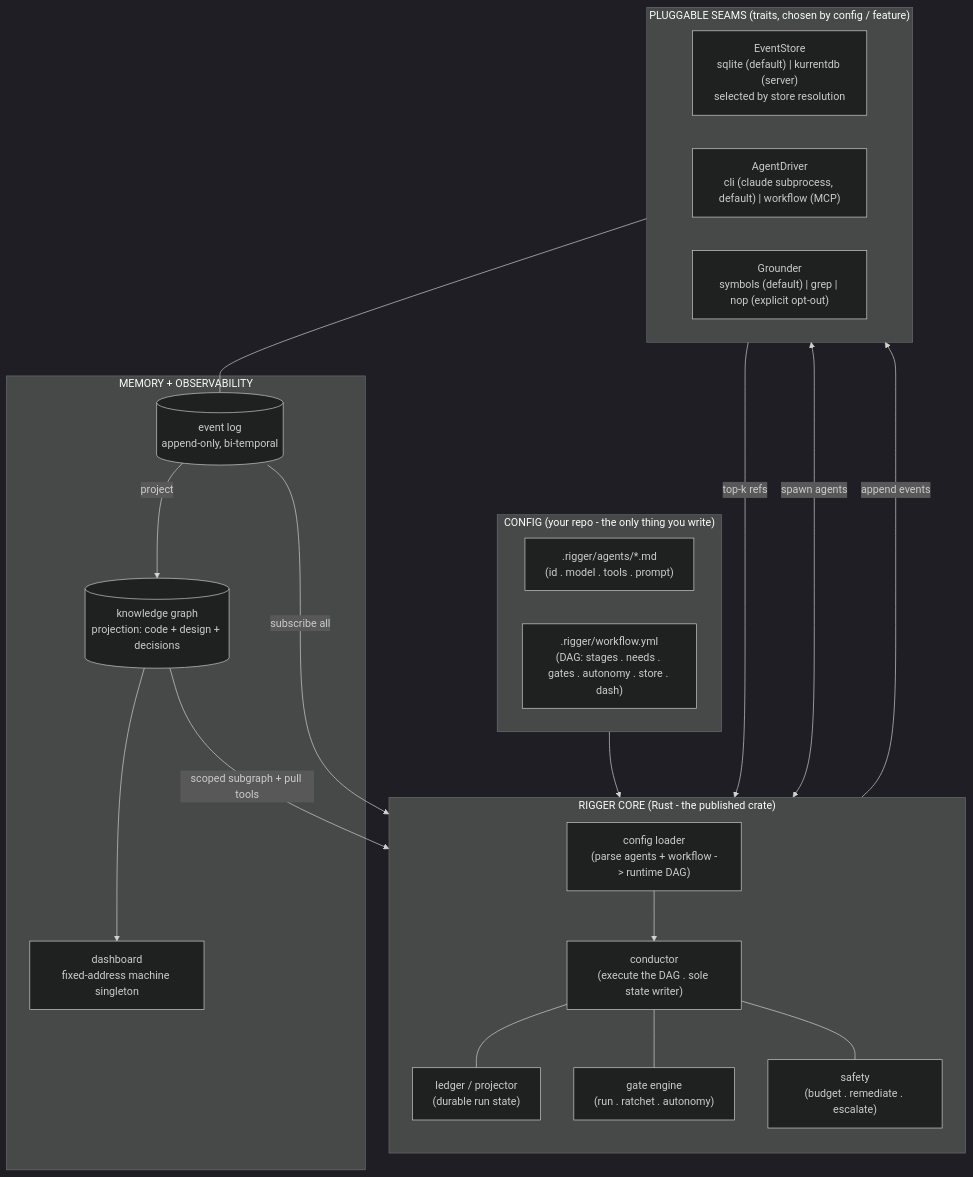
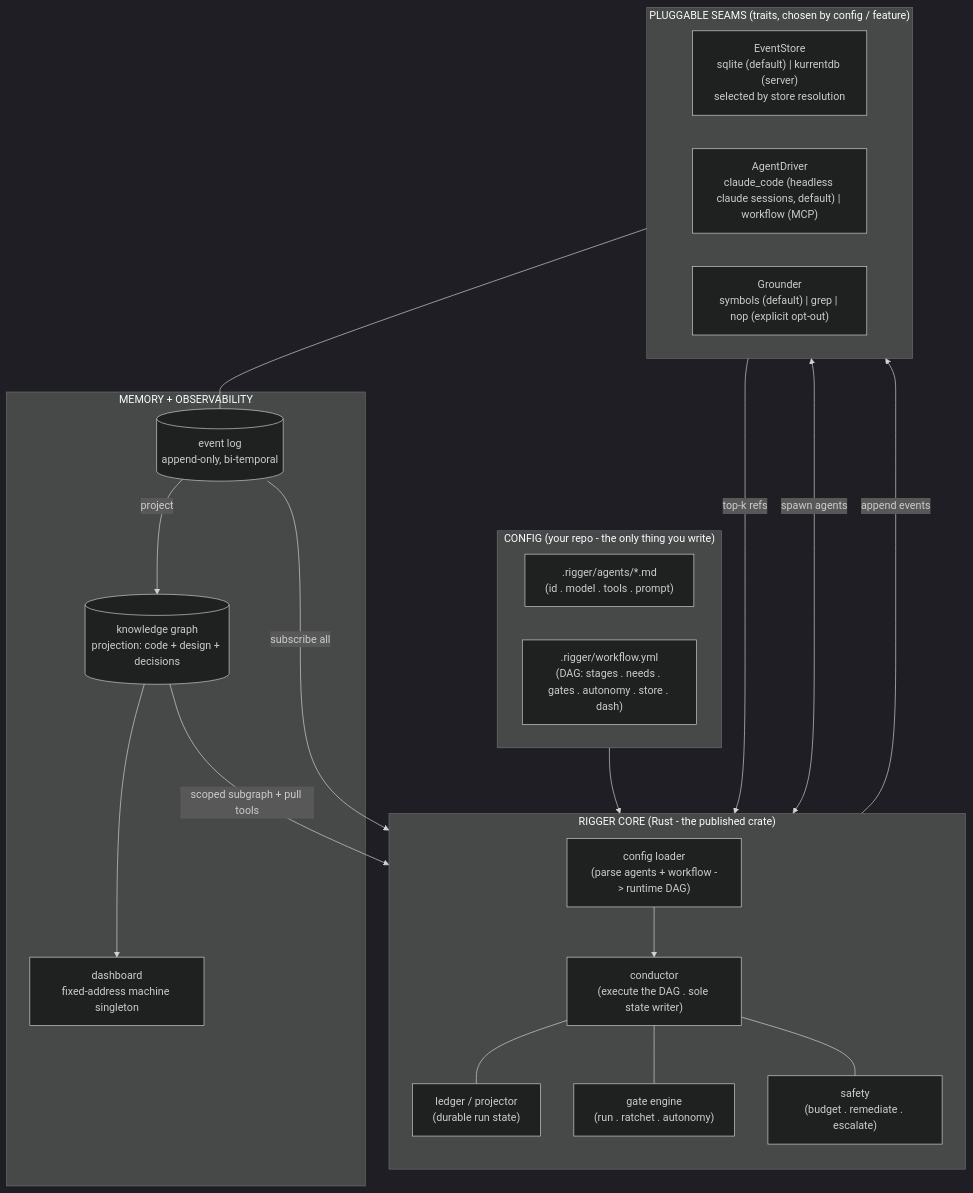
One commit to virtual-velocitation/rigger changed the first of 3 diagrams in docs/architecture.md. Above: the diagram before and after it, drawn with Mermaid (dark theme). The commit also changed other lines of this file and 168 other files, not shown here.

````diff
--- a/docs/architecture.md
+++ b/docs/architecture.md
@@ -138,41 +138,41 @@
 ```mermaid
 flowchart TB
   subgraph CFG["CONFIG (your repo - the only thing you write)"]
     AG[".rigger/agents/*.md<br/>(id . model . tools . prompt)"]
     WF[".rigger/workflow.yml<br/>(DAG: stages . needs . gates . autonomy . store . dash)"]
   end
 
   subgraph CORE["RIGGER CORE (Rust - the published crate)"]
     direction TB
     LOADER["config loader<br/>(parse agents + workflow -> runtime DAG)"]
     COND["conductor<br/>(execute the DAG . sole state writer)"]
     LEDGER["ledger / projector<br/>(durable run state)"]
     GATES["gate engine<br/>(run . ratchet . autonomy)"]
     SAFE["safety<br/>(budget . remediate . escalate)"]
     LOADER --> COND
     COND --- LEDGER & GATES & SAFE
   end
 
   subgraph SEAMS["PLUGGABLE SEAMS (traits, chosen by config / feature)"]
     direction LR
     ES["EventStore<br/>sqlite (default) | kurrentdb (server)<br/>selected by store resolution"]
-    DR["AgentDriver<br/>cli (claude subprocess, default) | workflow (MCP)"]
+    DR["AgentDriver<br/>claude_code (headless claude sessions, default) | workflow (MCP)"]
     GR["Grounder<br/>symbols (default) | grep | nop (explicit opt-out)"]
   end
 
   subgraph MEM["MEMORY + OBSERVABILITY"]
     LOG[("event log<br/>append-only, bi-temporal")]
     CG[("knowledge graph<br/>projection: code + design + decisions")]
     DASH["dashboard<br/>fixed-address machine singleton"]
     LOG -->|project| CG
     CG --> DASH
   end
 
   CFG --> LOADER
   COND <-->|spawn agents| DR
   COND -->|append events| ES
   ES --- LOG
   LOG -->|subscribe all| COND
   CG -->|scoped subgraph + pull tools| COND
   GR -->|top-k refs| COND
 ```
````
